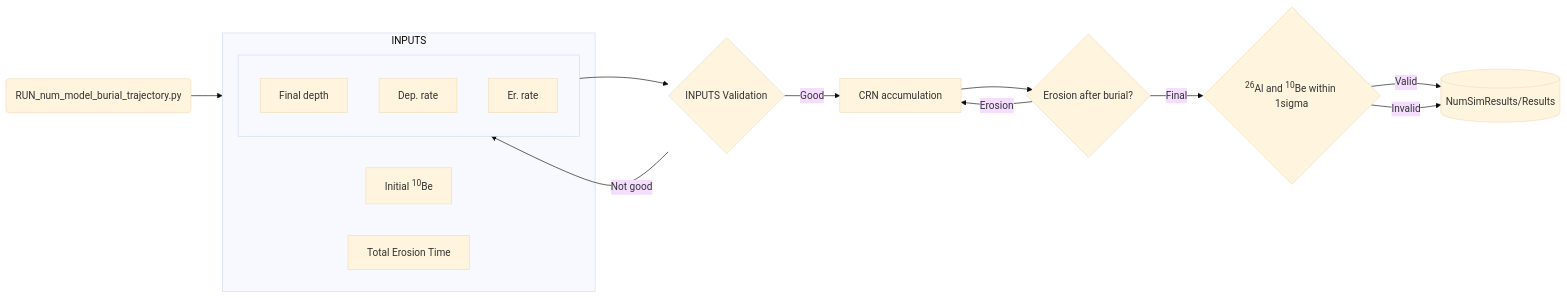
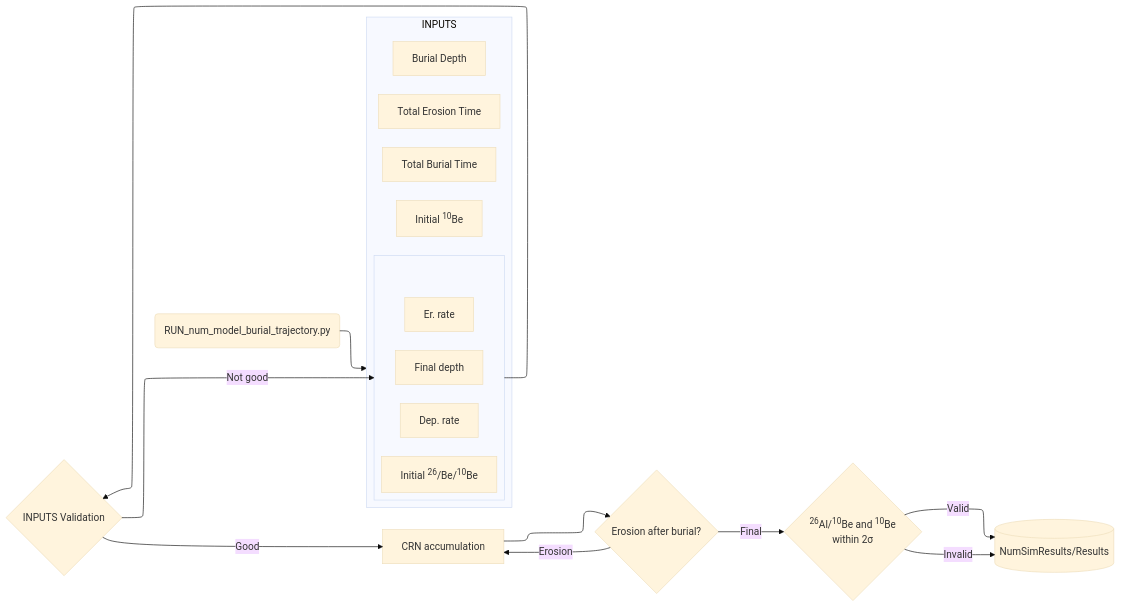
Before and after one commit to thepedroland/Numerical_Burial_Age_Model_PO_26: the diagram in README.md, drawn with Mermaid (base theme). The commit also changed other lines of this file and 102 other files, not shown here.

````diff
--- a/README.md
+++ b/README.md
@@ -22,35 +22,42 @@
 ```mermaid
+---
+config:
+  layout: elk
+---
 flowchart LR
     RUN(RUN_num_model_burial_trajectory.py) --> INPUTS
     subgraph INPUTS [INPUTS]
         A[Initial <sup>10</sup>Be]
-        T[Total Burial Time]
-        T[Total Erosion Time]
+        TB[Total Burial Time]
+        TE[Total Erosion Time]
+        BD[Burial Depth]
 
         subgraph PARAMS [ ]
             FD[Final depth]
             DR[Dep. rate]
             ER[Er. rate]
+            R[Initial <sup>26</sup>/Be/<sup>10</sup>Be]
+
         end
     end
 
     PARAMS --> V{INPUTS Validation}
 
     V -->|Good| B
     V -->|Not good| PARAMS
 
     B[CRN accumulation]
     
     B --> F{Erosion after burial?}
     
     F -->|Erosion| B
     F -->|Final| E
     
-    E{<sup>26</sup>Al and <sup>10</sup>Be within 1sigma}
+    E{<sup>26</sup>Al/<sup>10</sup>Be and <sup>10</sup>Be \n within 2σ}
     
     E -->|Valid| STORE
     E -->|Invalid| STORE
     
     STORE[(NumSimResults/Results)]
         
 ```
````
